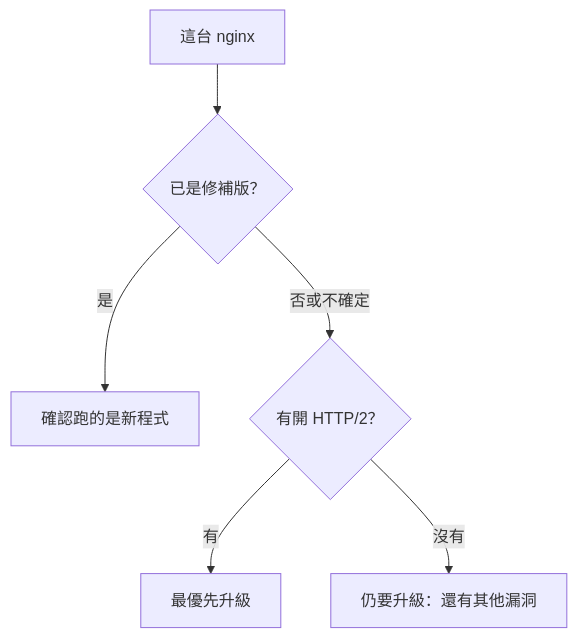
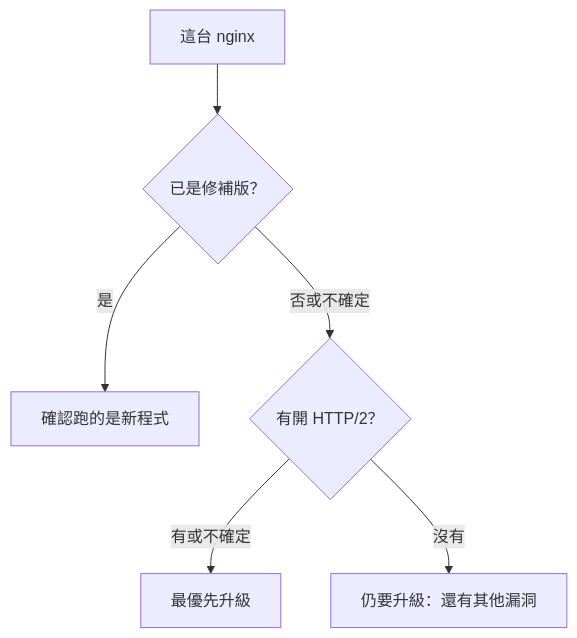
The first of 2 diagrams in _posts/2026-11-23-nginx-http2-cve-2026-123007.md (justmaocom/justmaocom.github.io), drawn with Mermaid before and after one commit. The commit also changed other lines of this file and 2 other files, not shown here.

````diff
--- a/_posts/2026-11-23-nginx-http2-cve-2026-123007.md
+++ b/_posts/2026-11-23-nginx-http2-cve-2026-123007.md
@@ -23,8 +23,8 @@
 ```mermaid
 flowchart TD
   A[這台 nginx] --> B{"已是修補版？"}
   B -->|是| C[確認跑的是新程式]
   B -->|"否或不確定"| D{"有開 HTTP/2？"}
-  D -->|有| E[最優先升級]
+  D -->|"有或不確定"| E[最優先升級]
   D -->|沒有| F["仍要升級：還有其他漏洞"]
 ```
````
